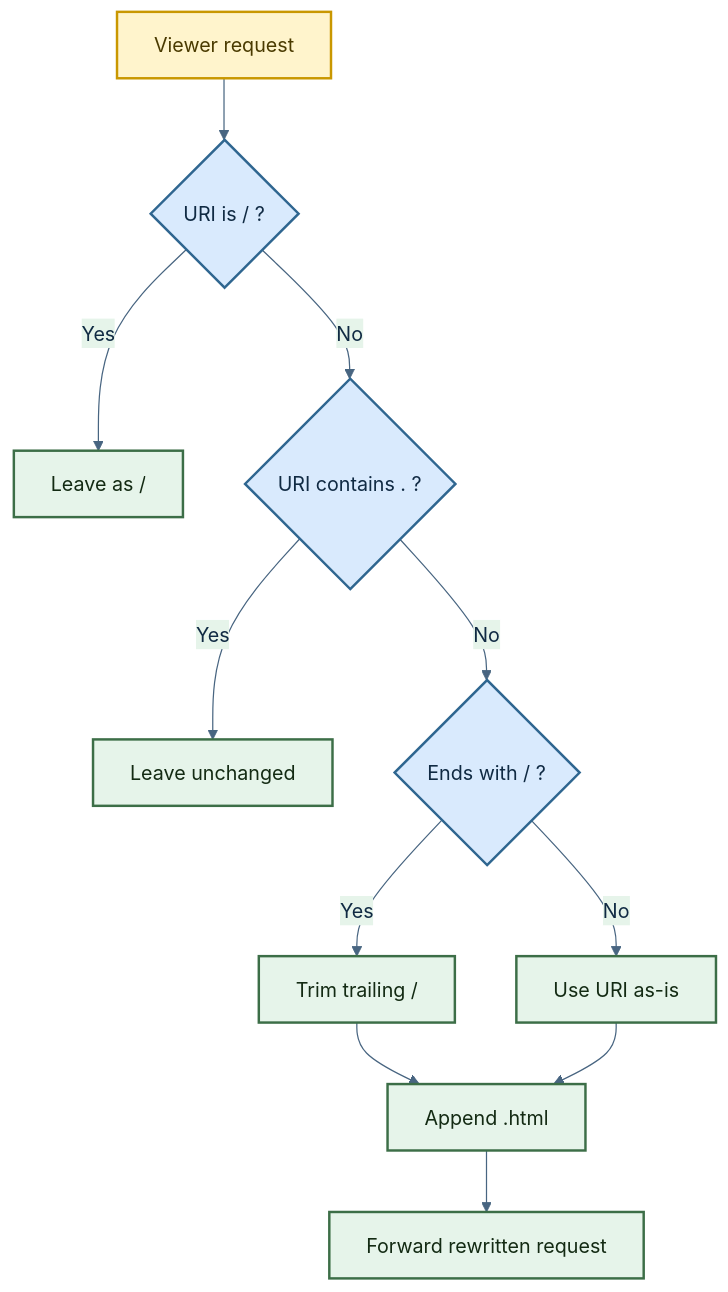
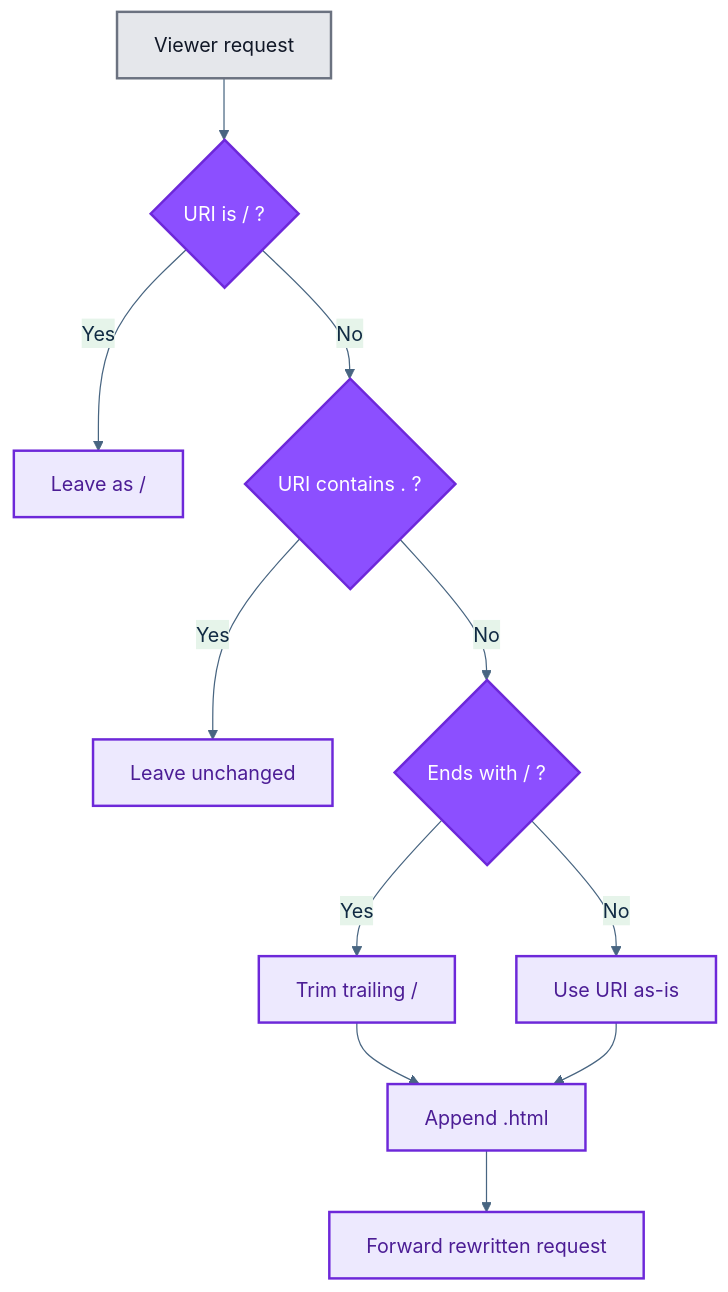
The second of 2 diagrams in infra/modules/static-website-hosting/cloudfront-cdn/README.md (reiganarmstrong/check-split-mono), drawn with Mermaid before and after one commit. The commit also changed other lines of this file and 9 other files, not shown here.

First line of the commit message:
docs(readme): align architecture diagrams and hosting docs

````diff
--- a/infra/modules/static-website-hosting/cloudfront-cdn/README.md
+++ b/infra/modules/static-website-hosting/cloudfront-cdn/README.md
@@ -59,32 +69,32 @@
 ```mermaid
 ---
 config:
   theme: base
   themeVariables:
     primaryColor: "#E8EEF9"
     primaryTextColor: "#102A43"
     primaryBorderColor: "#486581"
     lineColor: "#486581"
     secondaryColor: "#E6F4EA"
     tertiaryColor: "#FFF4CC"
 ---
 flowchart TD
   A["Viewer request"] --> B{"URI is / ?"}
   B -->|Yes| R1["Leave as /"]
   B -->|No| C{"URI contains . ?"}
   C -->|Yes| R2["Leave unchanged"]
   C -->|No| D{"Ends with / ?"}
   D -->|Yes| E["Trim trailing /"]
   D -->|No| F["Use URI as-is"]
   E --> G["Append .html"]
   F --> G
   G --> H["Forward rewritten request"]
 
-  classDef request fill:#FFF4CC,stroke:#C99700,color:#4A3A00,stroke-width:2px;
-  classDef decision fill:#D9EAFD,stroke:#2F6690,color:#102A43,stroke-width:2px;
-  classDef result fill:#E6F4EA,stroke:#3C6E47,color:#132A13,stroke-width:2px;
+  classDef request fill:#E5E7EB,stroke:#6B7280,color:#111827,stroke-width:2px;
+  classDef decision fill:#8C4FFF,stroke:#6D28D9,color:#FFFFFF,stroke-width:2px;
+  classDef result fill:#EDE9FE,stroke:#6D28D9,color:#4C1D95,stroke-width:2px;
 
   class A request;
   class B,C,D decision;
   class R1,R2,E,F,G,H result;
 ```
````
